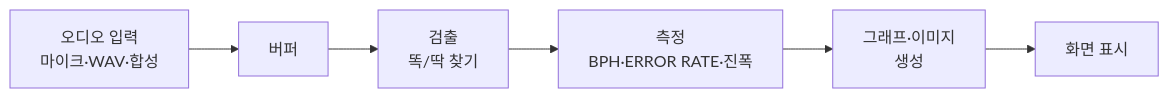
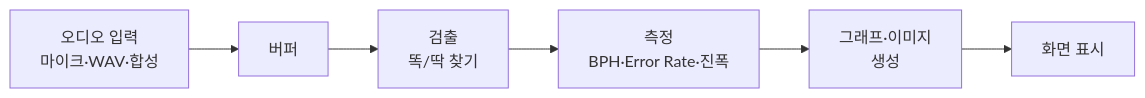
One commit to Jae-hong-5/TimeGrapher-Net changed the second of 4 diagrams in README.ko.md. Above: the diagram before and after it, drawn with Mermaid. The commit also changed other lines of this file and 63 other files, not shown here.

First line of the commit message:
chore: title-case error rate terminology

````diff
--- a/README.ko.md
+++ b/README.ko.md
@@ -186,8 +186,8 @@
 ```mermaid
 flowchart LR
     A["오디오 입력<br/>마이크·WAV·합성"] --> B["버퍼"]
     B --> C["검출<br/>똑/딱 찾기"]
-    C --> D["측정<br/>BPH·ERROR RATE·진폭"]
+    C --> D["측정<br/>BPH·Error Rate·진폭"]
     D --> E["그래프·이미지<br/>생성"]
     E --> F["화면 표시"]
 ```
````
